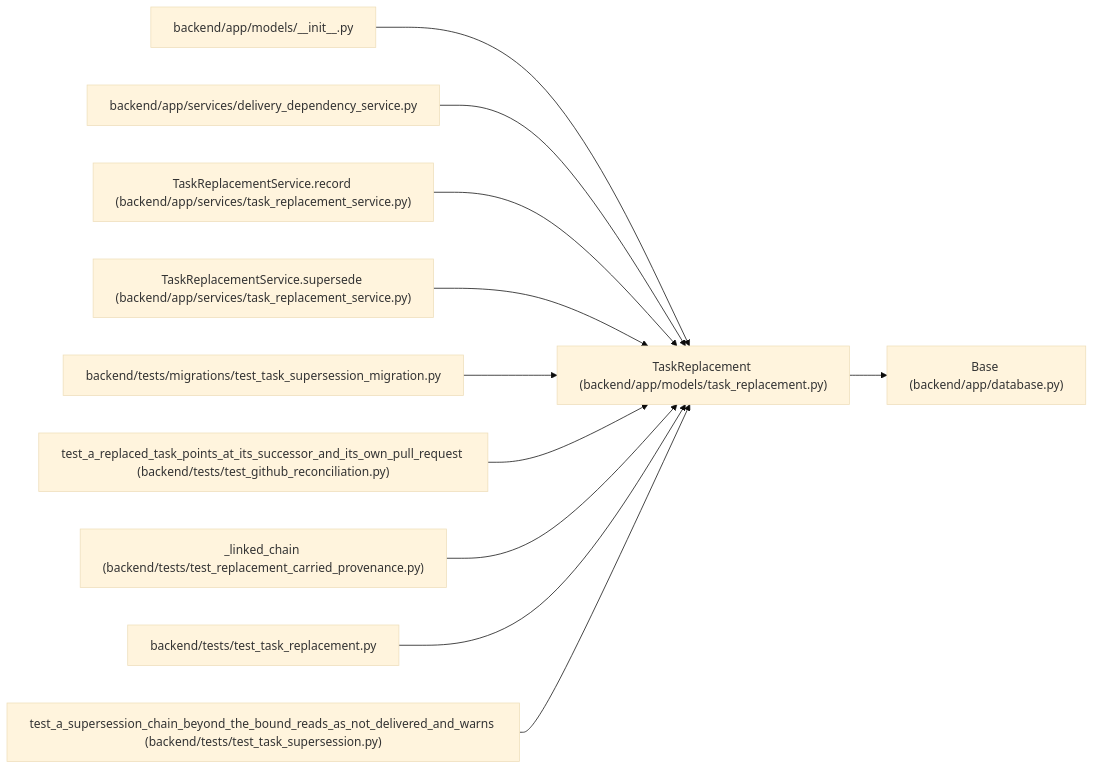
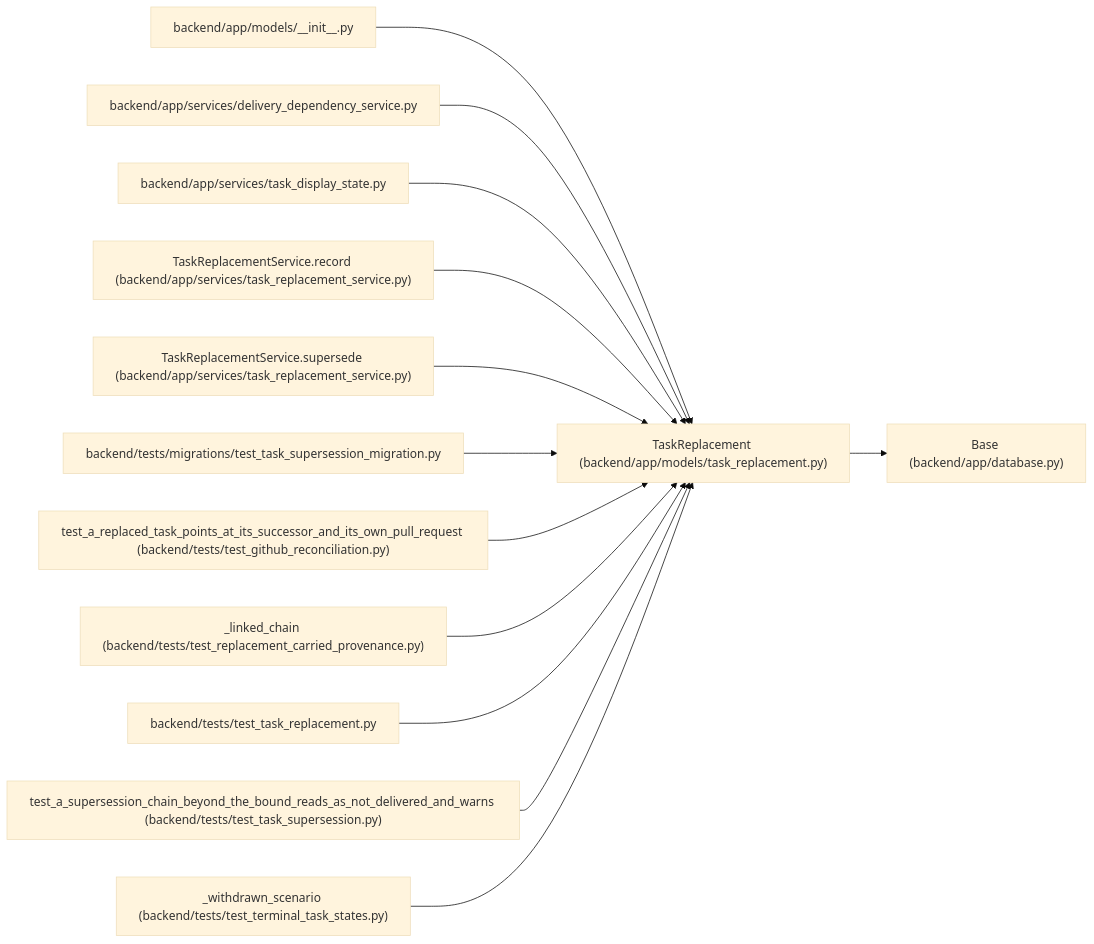
One commit to Denissvgn/WorkChord changed the diagram in docs/llm_wiki/entities/TaskReplacement.md. Above: the diagram before and after it, drawn with Mermaid (base theme). The commit also changed other lines of this file and 904 other files, not shown here.

Commit message:
Sync the architectural wiki for terminal task states

````diff
--- a/docs/llm_wiki/entities/TaskReplacement.md
+++ b/docs/llm_wiki/entities/TaskReplacement.md
@@ -47,35 +47,41 @@
 ```mermaid
 flowchart LR
     n0["TaskReplacement (backend/app/models/task_replacement.py)"]
     n1["Base (backend/app/database.py)"]
     n2["backend/app/models/__init__.py"]
     n3["backend/app/services/delivery_dependency_service.py"]
-    n4["TaskReplacementService.record (backend/app/services/task_replacement_service.py)"]
-    n5["TaskReplacementService.supersede (backend/app/services/task_replacement_service.py)"]
-    n6["backend/tests/migrations/test_task_supersession_migration.py"]
-    n7["test_a_replaced_task_points_at_its_successor_and_its_own_pull_request (backend/tests/test_github_reconciliation.py)"]
-    n8["_linked_chain (backend/tests/test_replacement_carried_provenance.py)"]
-    n9["backend/tests/test_task_replacement.py"]
-    n10["test_a_supersession_chain_beyond_the_bound_reads_as_not_delivered_and_warns (backend/tests/test_task_supersession.py)"]
+    n4["backend/app/services/task_display_state.py"]
+    n5["TaskReplacementService.record (backend/app/services/task_replacement_service.py)"]
+    n6["TaskReplacementService.supersede (backend/app/services/task_replacement_service.py)"]
+    n7["backend/tests/migrations/test_task_supersession_migration.py"]
+    n8["test_a_replaced_task_points_at_its_successor_and_its_own_pull_request (backend/tests/test_github_reconciliation.py)"]
+    n9["_linked_chain (backend/tests/test_replacement_carried_provenance.py)"]
+    n10["backend/tests/test_task_replacement.py"]
+    n11["test_a_supersession_chain_beyond_the_bound_reads_as_not_delivered_and_warns (backend/tests/test_task_supersession.py)"]
+    n12["_withdrawn_scenario (backend/tests/test_terminal_task_states.py)"]
     n0 --> n1
     n2 --> n0
     n3 --> n0
     n4 --> n0
     n5 --> n0
     n6 --> n0
     n7 --> n0
     n8 --> n0
     n9 --> n0
     n10 --> n0
+    n11 --> n0
+    n12 --> n0
     click n0 "../modules/models_task_replacement.md"
     click n1 "../modules/app_database.md"
     click n2 "../modules/models___init__.md"
     click n3 "../modules/delivery_dependency_service.md"
-    click n4 "../modules/task_replacement_service.md"
+    click n4 "../modules/task_display_state.md"
     click n5 "../modules/task_replacement_service.md"
-    click n6 "../modules/test_task_supersession_migration.md"
-    click n7 "../modules/test_github_reconciliation.md"
-    click n8 "../modules/test_replacement_carried_provenance.md"
-    click n9 "../modules/test_task_replacement.md"
-    click n10 "../modules/test_task_supersession.md"
+    click n6 "../modules/task_replacement_service.md"
+    click n7 "../modules/test_task_supersession_migration.md"
+    click n8 "../modules/test_github_reconciliation.md"
+    click n9 "../modules/test_replacement_carried_provenance.md"
+    click n10 "../modules/test_task_replacement.md"
+    click n11 "../modules/test_task_supersession.md"
+    click n12 "../modules/test_terminal_task_states.md"
 ```
````
